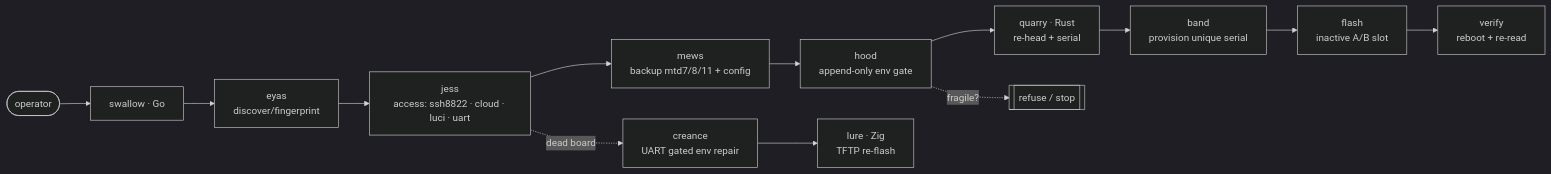
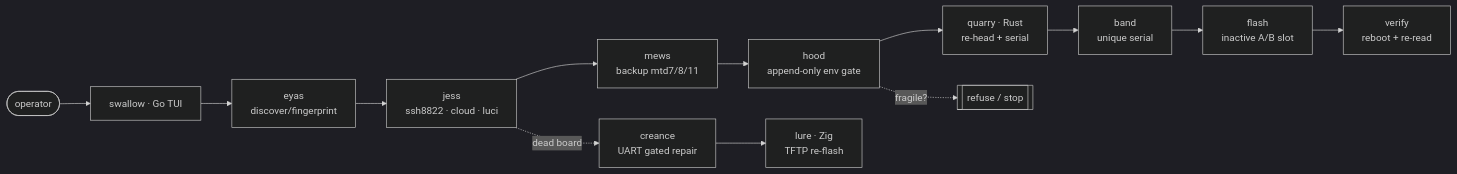
The diagram in README.md (ParkWardRR/pelegrun-ap-hk07-firmware-tools), drawn with Mermaid (dark theme) before and after one commit. The commit also changed other lines of this file and 22 other files, not shown here.

````diff
--- a/README.md
+++ b/README.md
@@ -71,15 +81,15 @@
 ```mermaid
 flowchart LR
-  U([operator]) --> S[swallow · Go]
+  U([operator]) --> S[swallow · Go TUI]
   S --> E[eyas<br/>discover/fingerprint]
-  E --> J[jess<br/>access: ssh8822 · cloud · luci · uart]
-  J --> M[mews<br/>backup mtd7/8/11 + config]
+  E --> J[jess<br/>ssh8822 · cloud · luci]
+  J --> M[mews<br/>backup mtd7/8/11]
   M --> H[hood<br/>append-only env gate]
   H --> Q[quarry · Rust<br/>re-head + serial]
-  Q --> B[band<br/>provision unique serial]
+  Q --> B[band<br/>unique serial]
   B --> F[flash<br/>inactive A/B slot]
   F --> V[verify<br/>reboot + re-read]
   H -. fragile? .-> X[[refuse / stop]]
-  J -. dead board .-> C[creance<br/>UART gated env repair]
+  J -. dead board .-> C[creance<br/>UART gated repair]
   C --> L[lure · Zig<br/>TFTP re-flash]
 ```
````
